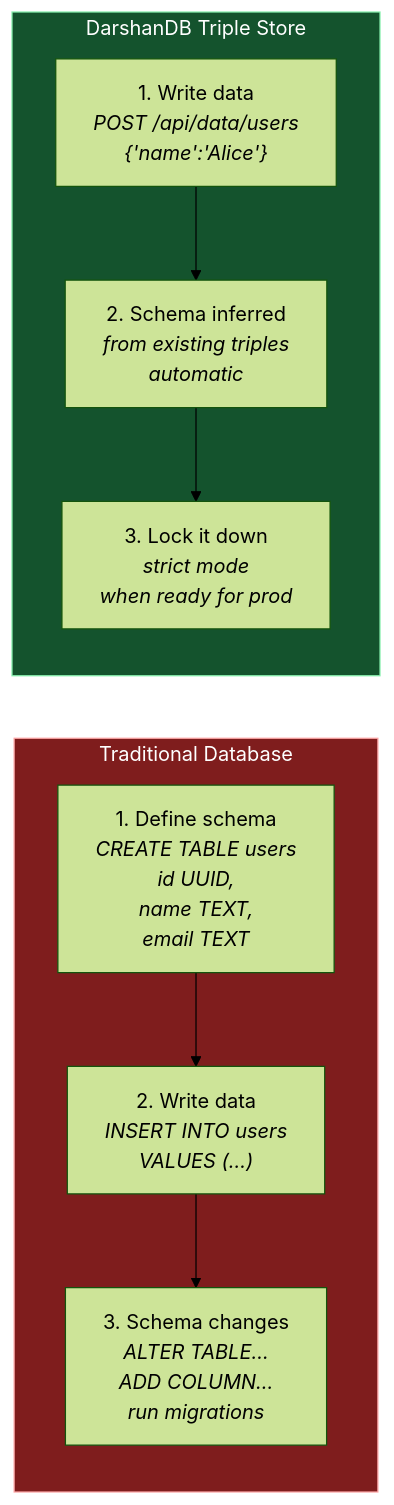
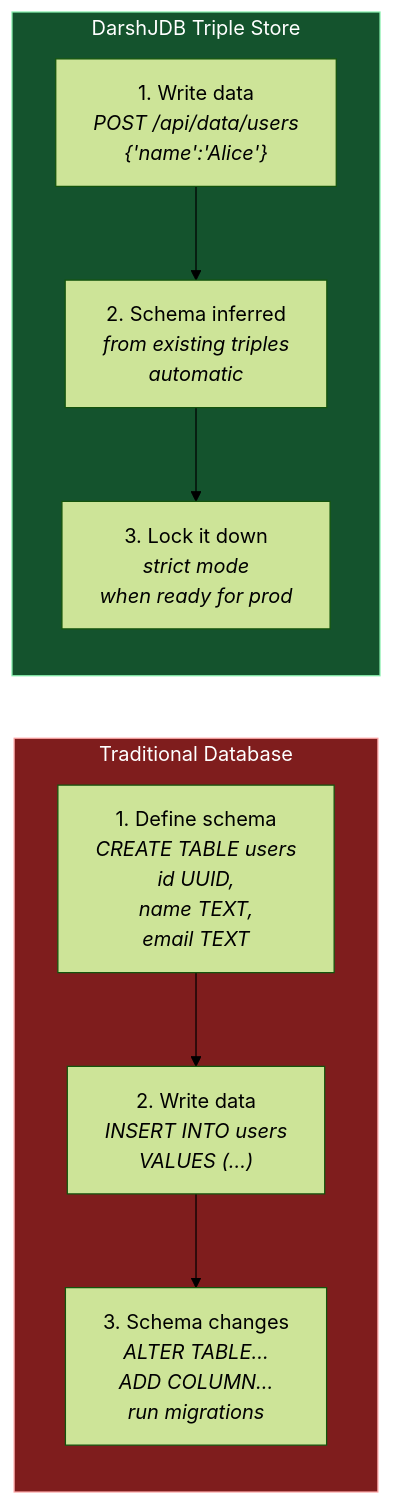
Before and after one commit to darshjme/darshjdb: the sixth of 11 diagrams in README.md, drawn with Mermaid (forest theme). The commit also changed other lines of this file and 107 other files, not shown here.

First line of the commit message:
rebrand: DarshanDB → DarshJDB (DDB)

````diff
--- a/README.md
+++ b/README.md
@@ -231,19 +231,19 @@
 ```mermaid
 graph LR
     subgraph Traditional["Traditional Database"]
         T1["1. Define schema\n<i>CREATE TABLE users\n  id UUID,\n  name TEXT,\n  email TEXT</i>"]
         T2["2. Write data\n<i>INSERT INTO users\n  VALUES (...)</i>"]
         T3["3. Schema changes\n<i>ALTER TABLE...\n  ADD COLUMN...\n  run migrations</i>"]
         T1 --> T2 --> T3
     end
 
-    subgraph Triple["DarshanDB Triple Store"]
+    subgraph Triple["DarshJDB Triple Store"]
         D1["1. Write data\n<i>POST /api/data/users\n  {'name':'Alice'}</i>"]
         D2["2. Schema inferred\n<i>from existing triples\n  automatic</i>"]
         D3["3. Lock it down\n<i>strict mode\n  when ready for prod</i>"]
         D1 --> D2 --> D3
     end
 
     style Traditional fill:#7f1d1d,stroke:#fca5a5,color:#fff
     style Triple fill:#14532d,stroke:#86efac,color:#fff
 ```
````
